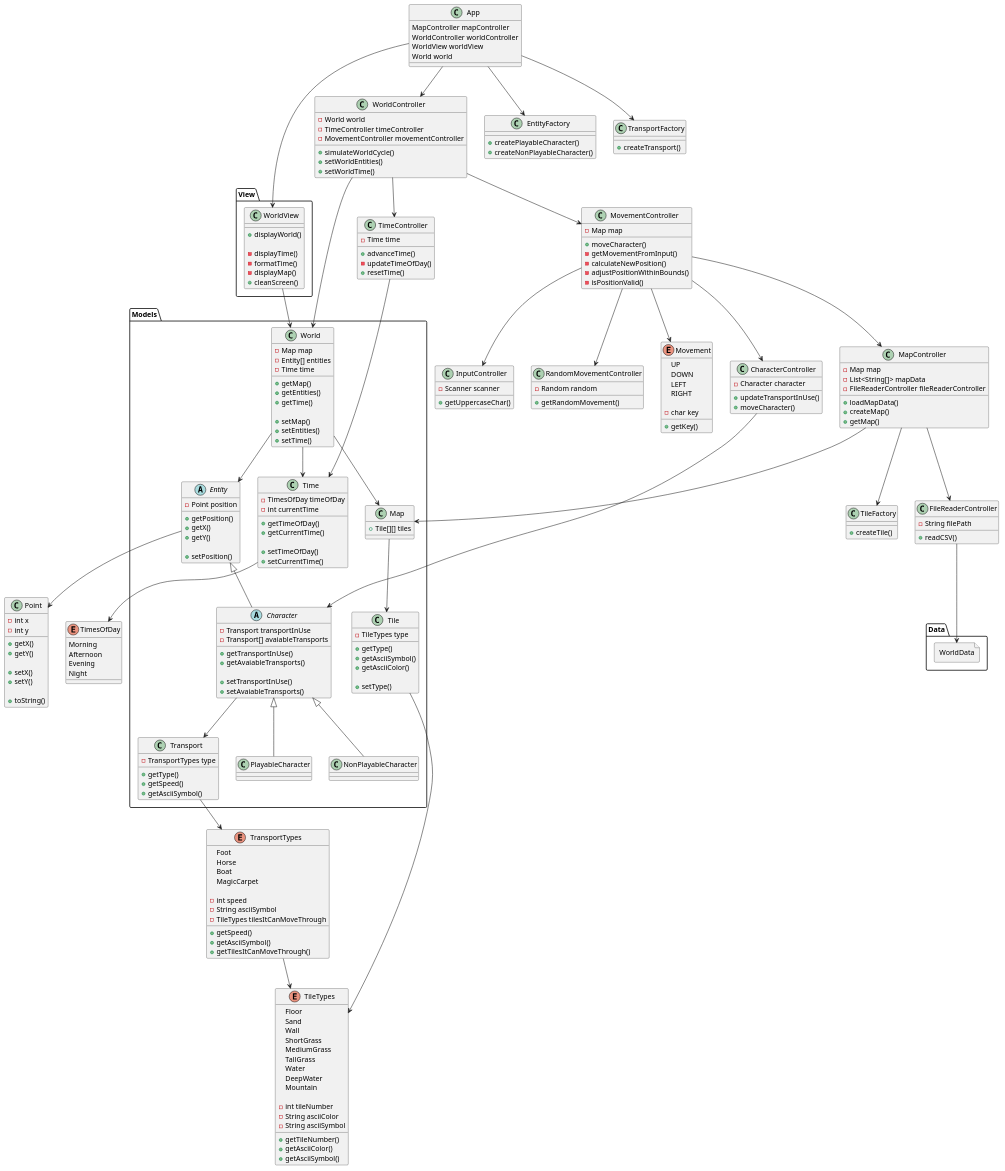
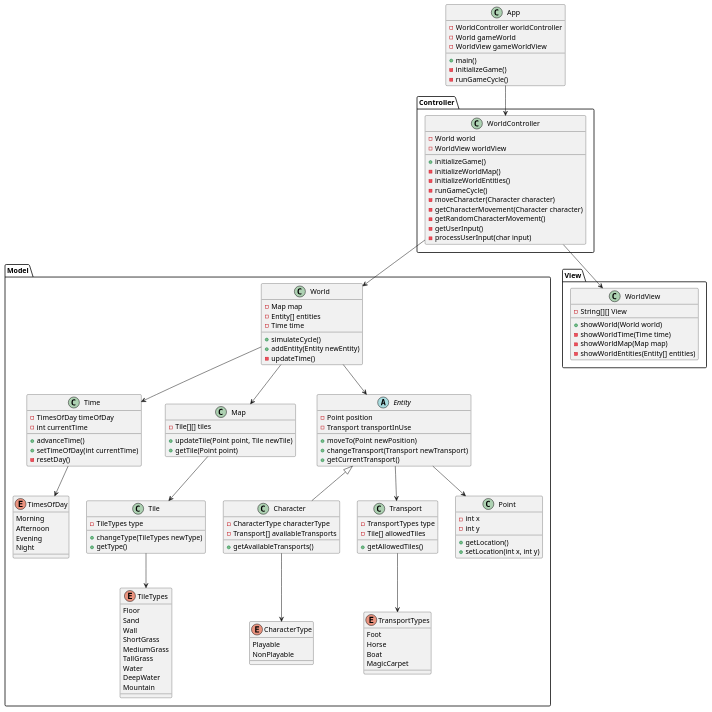
One commit to mmasias/23-24-IdSw2-SDD changed the diagram in docs/modelosUML/diagramaDeAplicacion.puml. Above: the diagram before and after it, drawn with PlantUML. The commit also changed 92 other files, not shown here.

```diff
--- a/docs/modelosUML/diagramaDeAplicacion.puml
+++ b/docs/modelosUML/diagramaDeAplicacion.puml
@@ -1,246 +1,137 @@
-@startuml ClasesPracticas-PyMundo
+@startuml DiagramaDeAplicacion
 
 class App {
-    MapController mapController
-    WorldController worldController
-    WorldView worldView
-    World world
+    - WorldController worldController
+    - World gameWorld
+    - WorldView gameWorldView
+
+    + main()
+    - initializeGame()
+    - runGameCycle()
 }
 
-enum TileTypes {
-    Floor
-    Sand
-    Wall
-    ShortGrass
-    MediumGrass
-    TallGrass
-    Water
-    DeepWater
-    Mountain
-
-    - int tileNumber
-    - String asciiColor
-    - String asciiSymbol
-
-    + getTileNumber()
-    + getAsciiColor()
-    + getAsciiSymbol()
-}
-
-enum Movement {
-    UP
-    DOWN
-    LEFT
-    RIGHT
-
-    - char key
-
-    + getKey()
-}
-
-enum TimesOfDay {
-    Morning
-    Afternoon
-    Evening
-    Night
-}
-
-enum TransportTypes {
-    Foot
-    Horse
-    Boat
-    MagicCarpet
-
-    - int speed
-    - String asciiSymbol
-    - TileTypes tilesItCanMoveThrough
-
-    + getSpeed()
-    + getAsciiSymbol()
-    + getTilesItCanMoveThrough()
-}
-
-class Point {
-    - int x
-    - int y
-
-    + getX()
-    + getY()
-
-    + setX()
-    + setY()
-
-    + toString()
-}
-
-
-
-package Models {
-    class World{
+package "Model" {
+    class World {
         - Map map
         - Entity[] entities
         - Time time
 
-        + getMap()
-        + getEntities()
-        + getTime()
-
-        + setMap()
-        + setEntities()
-        + setTime()
+        + simulateCycle()
+        + addEntity(Entity newEntity)
+        - updateTime()
     }
 
     class Time {
         - TimesOfDay timeOfDay
         - int currentTime
 
-        + getTimeOfDay()
-        + getCurrentTime()
-
-        + setTimeOfDay()
-        + setCurrentTime()
+        + advanceTime()
+        + setTimeOfDay(int currentTime)
+        - resetDay()
     }
 
-    class Map{
-        + Tile[][] tiles
+    class Map {
+        - Tile[][] tiles
+
+        + updateTile(Point point, Tile newTile)
+        + getTile(Point point)
     }
 
     class Tile {
         - TileTypes type
 
-        + getType()
-        + getAsciiSymbol()
-        + getAsciiColor()
-
-        + setType()
+        + changeType(TileTypes newType)
+        + getType() 
     }
 
     abstract class Entity {
         - Point position
+        - Transport transportInUse
 
-        + getPosition()
-        + getX()
-        + getY()
-
-        + setPosition()
+        + moveTo(Point newPosition)
+        + changeTransport(Transport newTransport)
+        + getCurrentTransport()
     }
 
-    abstract class Character {
-        - Transport transportInUse
-        - Transport[] avaiableTransports
+    class Character extends Entity {
+        - CharacterType characterType
+        - Transport[] availableTransports
 
-        + getTransportInUse()
-        + getAvaiableTransports()
+        + getAvailableTransports()
 
-        + setTransportInUse()
-        + setAvaiableTransports()
-    }
-
-    class PlayableCharacter{
-    }
-    class NonPlayableCharacter {
     }
 
     class Transport {
         - TransportTypes type
+        - Tile[] allowedTiles
 
-        + getType()
-        + getSpeed()
-        + getAsciiSymbol()
+        + getAllowedTiles()
     }
 
-}
+    class Point {
+        - int x
+        - int y
 
-class WorldController {
-    - World world
-    - TimeController timeController
-    - MovementController movementController
+        + getLocation()
+        + setLocation(int x, int y)
+    }
 
-    + simulateWorldCycle()
-    + setWorldEntities()
-    + setWorldTime()
-}
+    enum TileTypes {
+        Floor
+        Sand
+        Wall
+        ShortGrass
+        MediumGrass
+        TallGrass
+        Water
+        DeepWater
+        Mountain
+    }
 
-class FileReaderController {
-    - String filePath
+    enum TimesOfDay {
+        Morning
+        Afternoon
+        Evening
+        Night
+    }
 
-    + readCSV()
-}
+    enum TransportTypes {
+        Foot
+        Horse
+        Boat
+        MagicCarpet
+    }
 
-class MapController {
-    - Map map
-    - List<String[]> mapData
-    - FileReaderController fileReaderController
-
-    + loadMapData()
-    + createMap()
-    + getMap()
-}
-
-
-class InputController {
-    - Scanner scanner
-
-    + getUppercaseChar()
-}
-
-class RandomMovementController {
-    - Random random
-
-    + getRandomMovement()
-}
-
-class MovementController {
-    - Map map
-
-    + moveCharacter()
-    - getMovementFromInput()
-    - calculateNewPosition()
-    - adjustPositionWithinBounds()
-    - isPositionValid()
-}
-
-class CharacterController {
-    - Character character
-
-    + updateTransportInUse()
-    + moveCharacter()
-}
-
-class TimeController {
-    - Time time
-
-    + advanceTime()
-    - updateTimeOfDay()
-    + resetTime()
-}
-
-package View {
-    class WorldView {
-        + displayWorld()
-
-        - displayTime()
-        - formatTime()
-        - displayMap()
-        + cleanScreen()
+    enum CharacterType {
+        Playable
+        NonPlayable
     }
 }
 
-class EntityFactory {
-    + createPlayableCharacter()
-    + createNonPlayableCharacter()
+package "View" {
+    class WorldView {
+        - String[][] View
+        + showWorld(World world)
+        - showWorldTime(Time time)
+        - showWorldMap(Map map)
+        - showWorldEntities(Entity[] entities)
+    }
 }
 
-class TileFactory {
-    + createTile()
-}
+package "Controller" {
+    class WorldController {
+        - World world
+        - WorldView worldView
 
-class TransportFactory {
-    + createTransport()
-}
-
-package Data {
-    File WorldData {
+        + initializeGame()
+        - initializeWorldMap()
+        - initializeWorldEntities()
+        - runGameCycle()
+        - moveCharacter(Character character)
+        - getCharacterMovement(Character character)
+        - getRandomCharacterMovement()
+        - getUserInput()
+        - processUserInput(char input)
     }
 }
 
@@ -249,33 +140,12 @@
 World --> Time
 Map --> Tile
 Tile --> TileTypes
-Entity <|-- Character
-Character --> Transport
-Character <|-- PlayableCharacter
-Character <|-- NonPlayableCharacter
+Entity --> Point
+Entity --> Transport
 Transport --> TransportTypes
-TransportTypes --> TileTypes
-Entity --> Point
 Time --> TimesOfDay
-MovementController --> Movement
-FileReaderController --> WorldData
-MovementController --> InputController
-MovementController --> RandomMovementController
-MovementController --> CharacterController
-MovementController --> MapController
-CharacterController --> Character
-MapController --> Map
-MapController --> FileReaderController
-MapController --> TileFactory
-TimeController --> Time
+Character --> CharacterType
 WorldController --> World
-WorldController --> TimeController
-WorldController --> MovementController
-WorldView --> World
-
+WorldController --> WorldView
 App --> WorldController
-App --> WorldView
-App --> EntityFactory
-App --> TransportFactory
-
 @enduml
```
